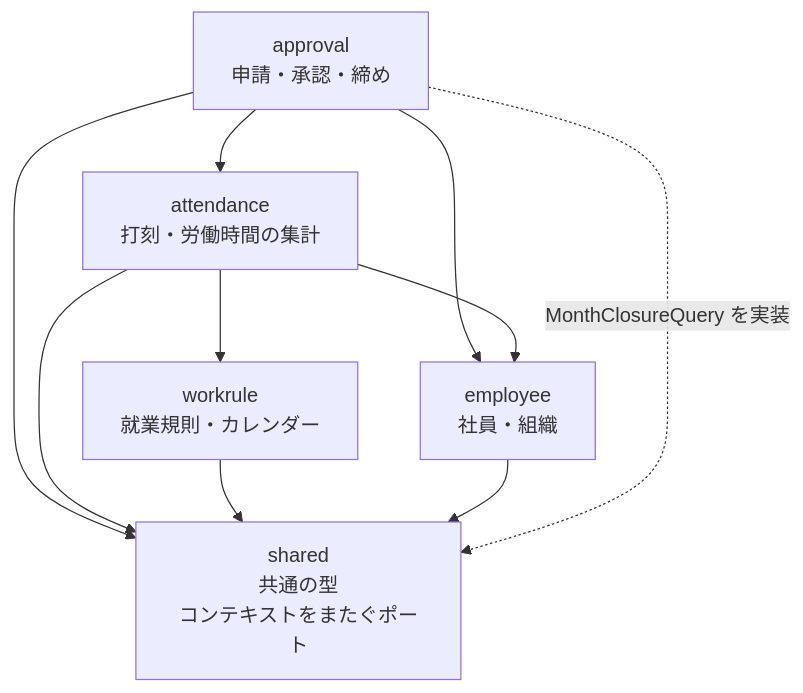
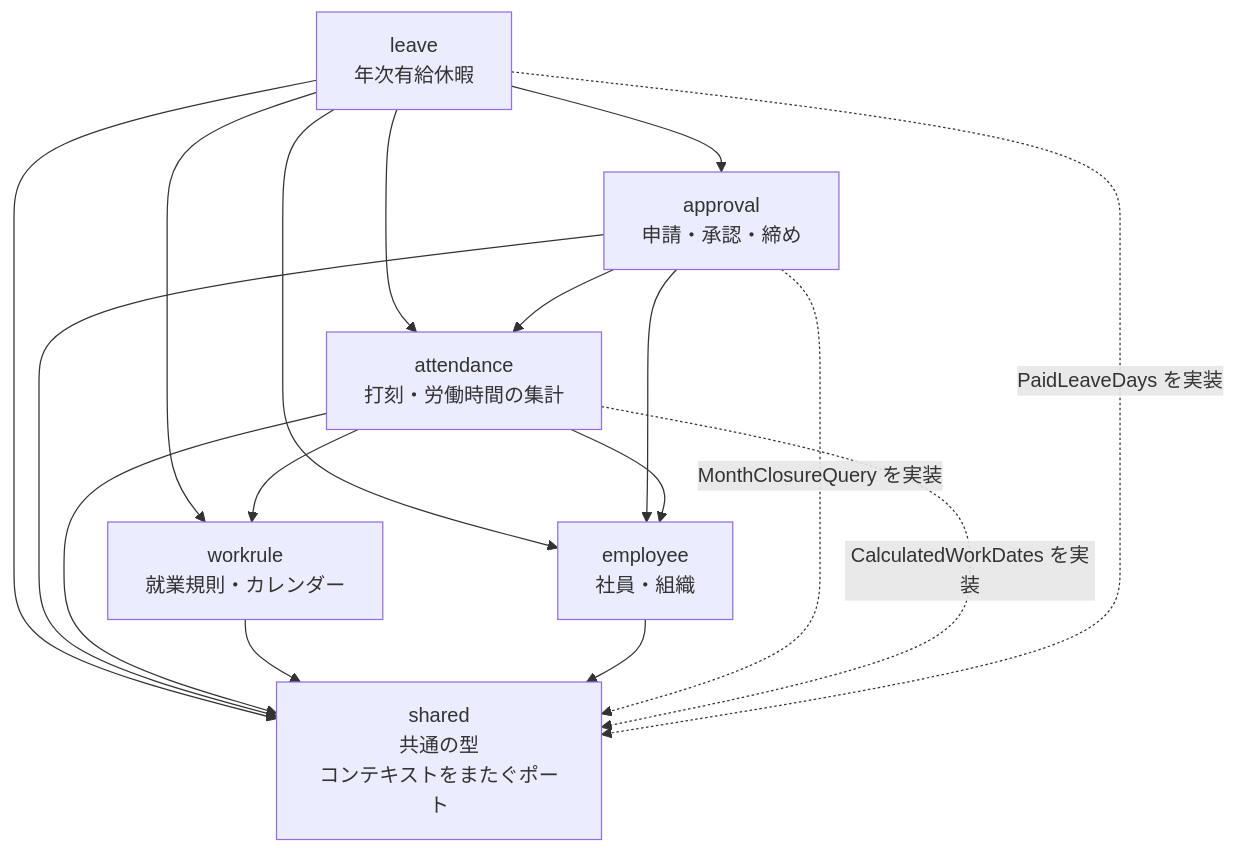
The diagram in doc/02_詳細設計/00_共通/diagrams/コンテキスト間の依存.mmd (masaki-i02/newJavaProject), drawn with Mermaid before and after one commit. The commit also changed 25 other files, not shown here.

```diff
--- a/doc/02_詳細設計/00_共通/diagrams/コンテキスト間の依存.mmd
+++ b/doc/02_詳細設計/00_共通/diagrams/コンテキスト間の依存.mmd
@@ -1,17 +1,25 @@
 flowchart TD
     approval["approval<br/>申請・承認・締め"]
     attendance["attendance<br/>打刻・労働時間の集計"]
     workrule["workrule<br/>就業規則・カレンダー"]
     employee["employee<br/>社員・組織"]
+    leave["leave<br/>年次有給休暇"]
     shared["shared<br/>共通の型<br/>コンテキストをまたぐポート"]
 
+    leave --> approval
+    leave --> attendance
+    leave --> workrule
+    leave --> employee
+    leave --> shared
     approval --> attendance
     approval --> employee
     attendance --> workrule
     attendance --> employee
     approval --> shared
     attendance --> shared
     workrule --> shared
     employee --> shared
 
     approval -. "MonthClosureQuery を実装" .-> shared
+    attendance -. "CalculatedWorkDates を実装" .-> shared
+    leave -. "PaidLeaveDays を実装" .-> shared
```
